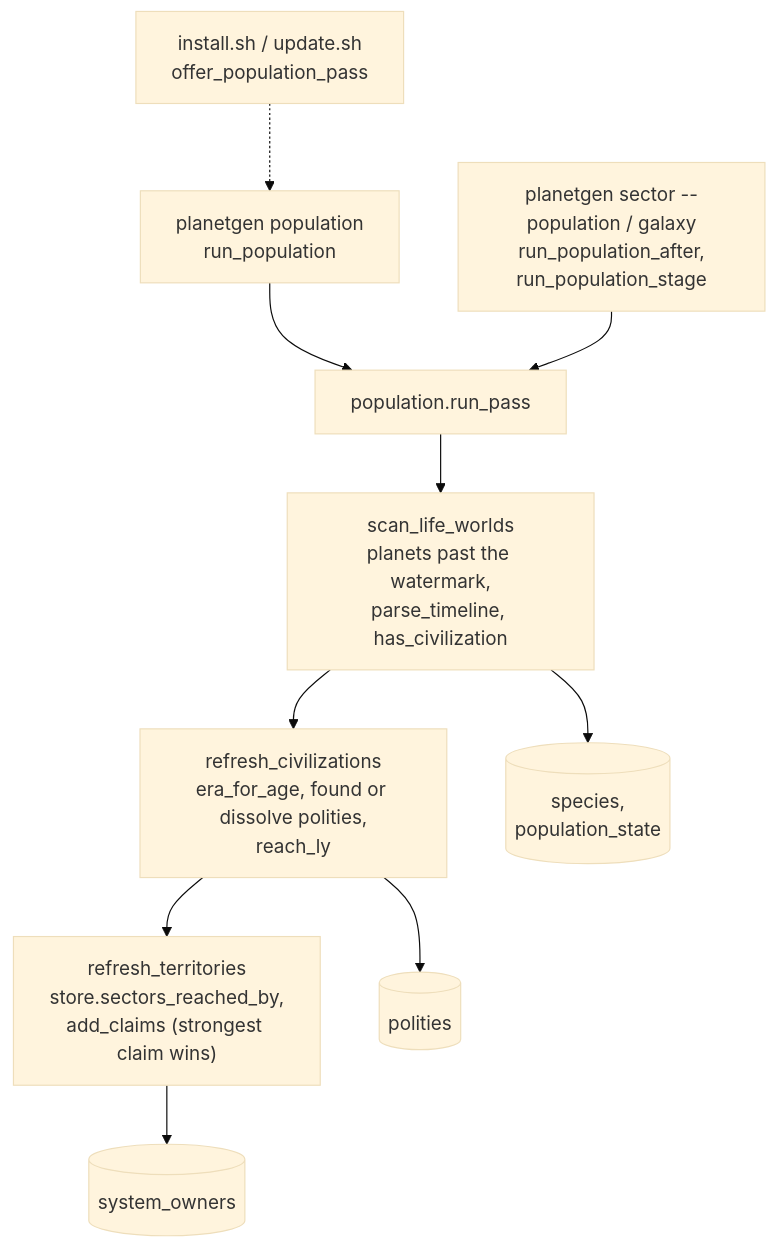
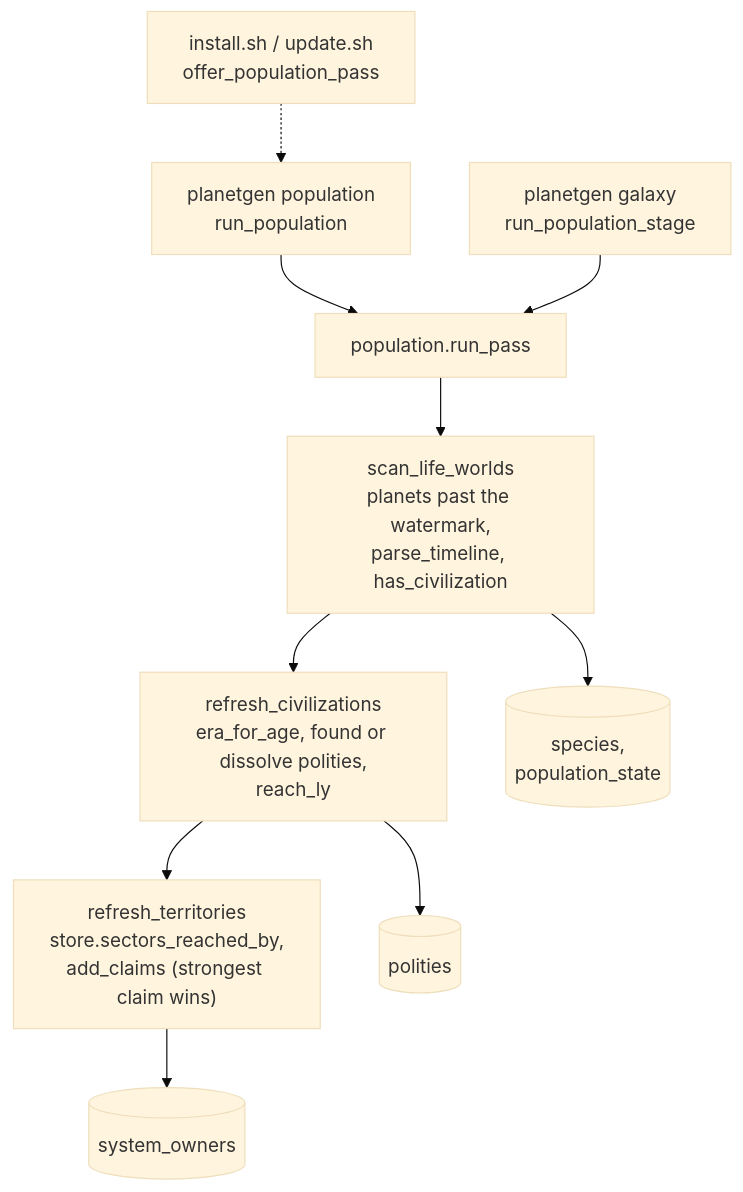
Before and after one commit to dwhagar/planetGen: the third of 8 diagrams in docs/design/architecture/architecture.md, drawn with Mermaid (base theme). The commit also changed other lines of this file and 16 other files, not shown here.

First line of the commit message:
PERF.124: sector and phenomenon only generate; settle --sector-id is the step after a phenomenon

````diff
--- a/docs/design/architecture/architecture.md
+++ b/docs/design/architecture/architecture.md
@@ -764,12 +764,12 @@
 ```mermaid
 flowchart TD
     PopCLI["planetgen population<br/>run_population"] --> Pass["population.run_pass"]
-    After["planetgen sector --population / galaxy<br/>run_population_after,<br/>run_population_stage"] --> Pass
+    After["planetgen galaxy<br/>run_population_stage"] --> Pass
     Inst["install.sh / update.sh<br/>offer_population_pass"] -.-> PopCLI
     Pass --> Scan["scan_life_worlds<br/>planets past the watermark,<br/>parse_timeline, has_civilization"]
     Scan --> Civ["refresh_civilizations<br/>era_for_age, found or dissolve polities,<br/>reach_ly"]
     Civ --> Terr["refresh_territories<br/>store.sectors_reached_by,<br/>add_claims (strongest claim wins)"]
     Scan --> PT[("species,<br/>population_state")]
     Civ --> Pol[("polities")]
     Terr --> SO[("system_owners")]
 ```
````
